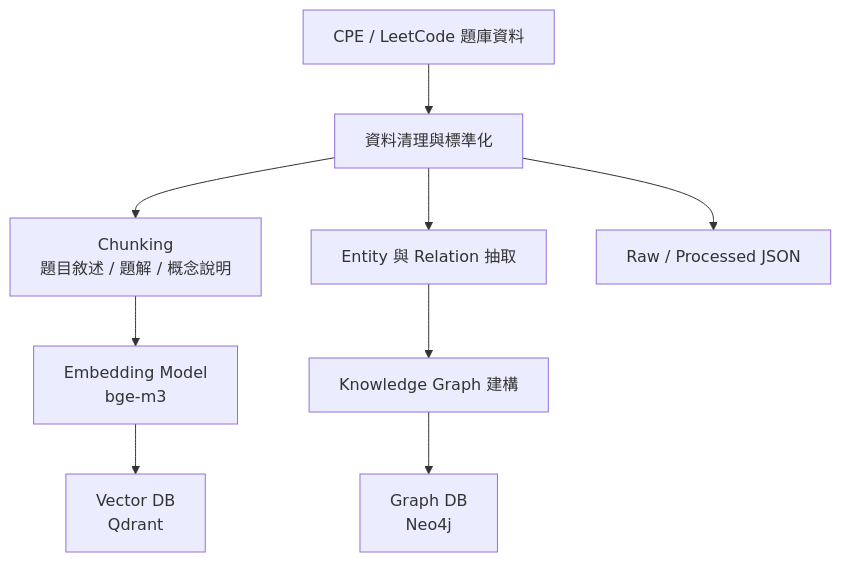
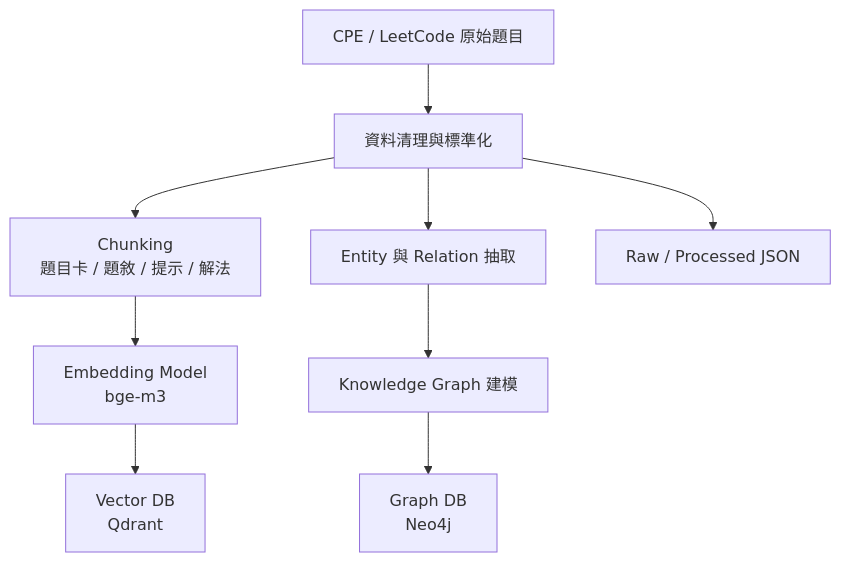
The first of 2 diagrams in docs/architecture.md (ray910408/knowledgegraph_rag), drawn with Mermaid before and after one commit. The commit also changed other lines of this file and 4 other files, not shown here.

````diff
--- a/docs/architecture.md
+++ b/docs/architecture.md
@@ -10,11 +10,11 @@
 ```mermaid
 flowchart TD
-  A["CPE / LeetCode 題庫資料"] --> B["資料清理與標準化"]
-  B --> C["Chunking<br/>題目敘述 / 題解 / 概念說明"]
+  A["CPE / LeetCode 原始題目"] --> B["資料清理與標準化"]
+  B --> C["Chunking<br/>題目卡 / 題敘 / 提示 / 解法"]
   B --> D["Entity 與 Relation 抽取"]
   B --> E["Raw / Processed JSON"]
   C --> F["Embedding Model<br/>bge-m3"]
   F --> G["Vector DB<br/>Qdrant"]
-  D --> H["Knowledge Graph 建構"]
+  D --> H["Knowledge Graph 建模"]
   H --> I["Graph DB<br/>Neo4j"]
 ```
````
